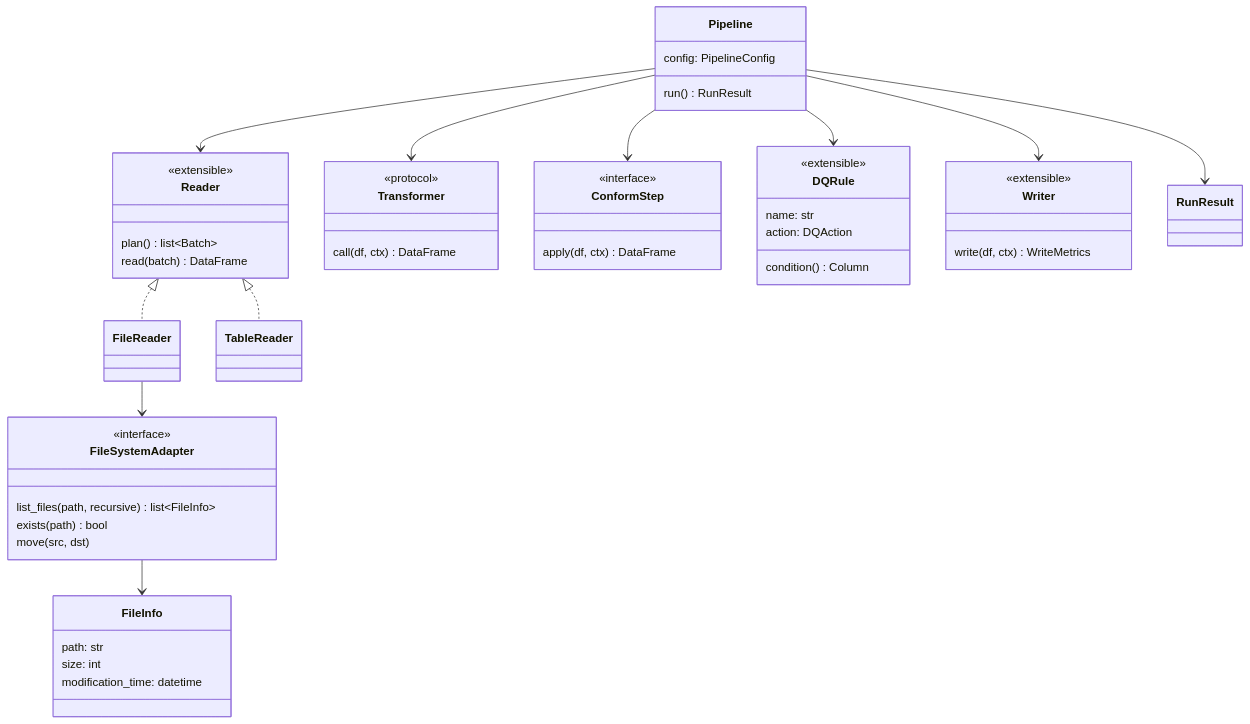
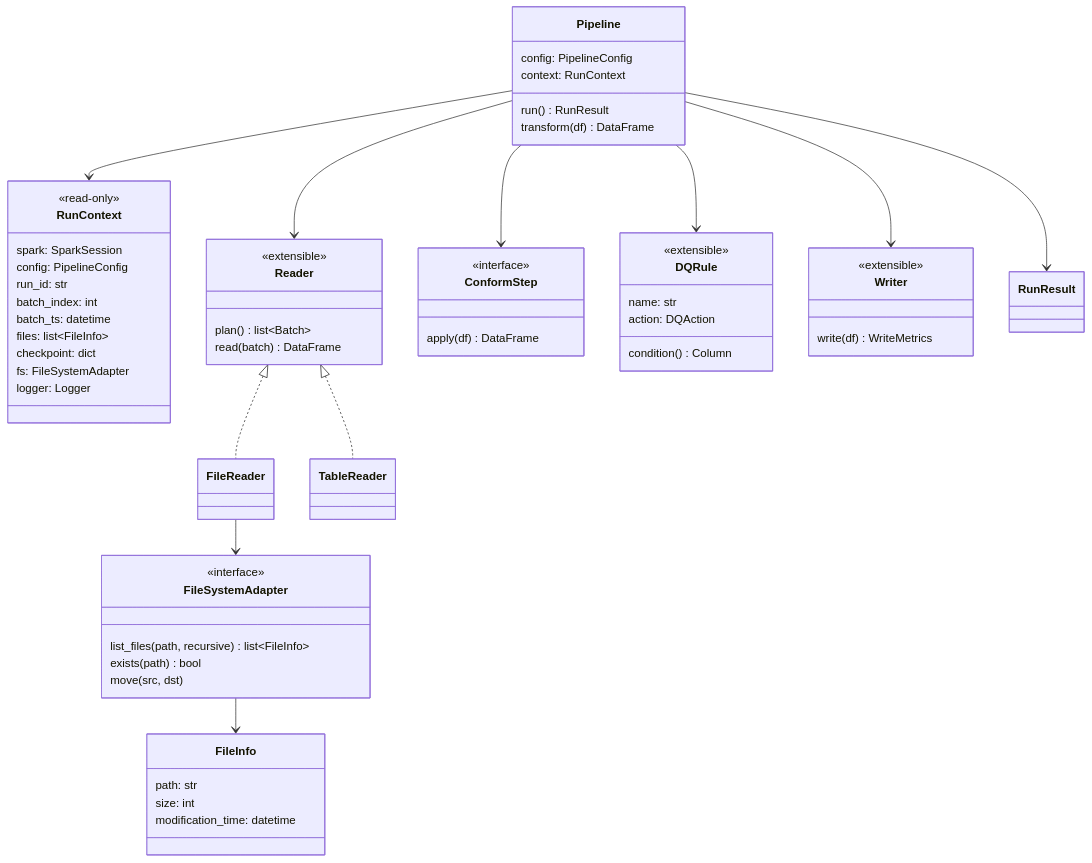
Before and after one commit to ltofanelli/data-processing-framework: the ninth of 9 diagrams in docs/architecture.md, drawn with Mermaid. The commit also changed other lines of this file and 2 other files, not shown here.

````diff
--- a/docs/architecture.md
+++ b/docs/architecture.md
@@ -992,55 +1070,65 @@
 ```mermaid
 classDiagram
     class Pipeline {
         config: PipelineConfig
+        context: RunContext
         run() RunResult
+        transform(df) DataFrame
+    }
+    class RunContext {
+        <<read-only>>
+        spark: SparkSession
+        config: PipelineConfig
+        run_id: str
+        batch_index: int
+        batch_ts: datetime
+        files: list~FileInfo~
+        checkpoint: dict
+        fs: FileSystemAdapter
+        logger: Logger
     }
     class Reader {
         <<extensible>>
         plan() list~Batch~
         read(batch) DataFrame
     }
     class FileReader
     class TableReader
     class FileSystemAdapter {
         <<interface>>
         list_files(path, recursive) list~FileInfo~
         exists(path) bool
         move(src, dst)
     }
     class FileInfo {
         path: str
         size: int
         modification_time: datetime
     }
-    class Transformer {
-        <<protocol>>
-        call(df, ctx) DataFrame
-    }
     class ConformStep {
         <<interface>>
-        apply(df, ctx) DataFrame
+        apply(df) DataFrame
     }
     class DQRule {
         <<extensible>>
         name: str
         action: DQAction
         condition() Column
     }
     class Writer {
         <<extensible>>
-        write(df, ctx) WriteMetrics
+        write(df) WriteMetrics
     }
     class RunResult
 
+    Pipeline --> RunContext
     Pipeline --> Reader
-    Pipeline --> Transformer
     Pipeline --> ConformStep
     Pipeline --> DQRule
     Pipeline --> Writer
     Pipeline --> RunResult
     Reader <|.. FileReader
     Reader <|.. TableReader
     FileReader --> FileSystemAdapter
     FileSystemAdapter --> FileInfo
 ```
````
